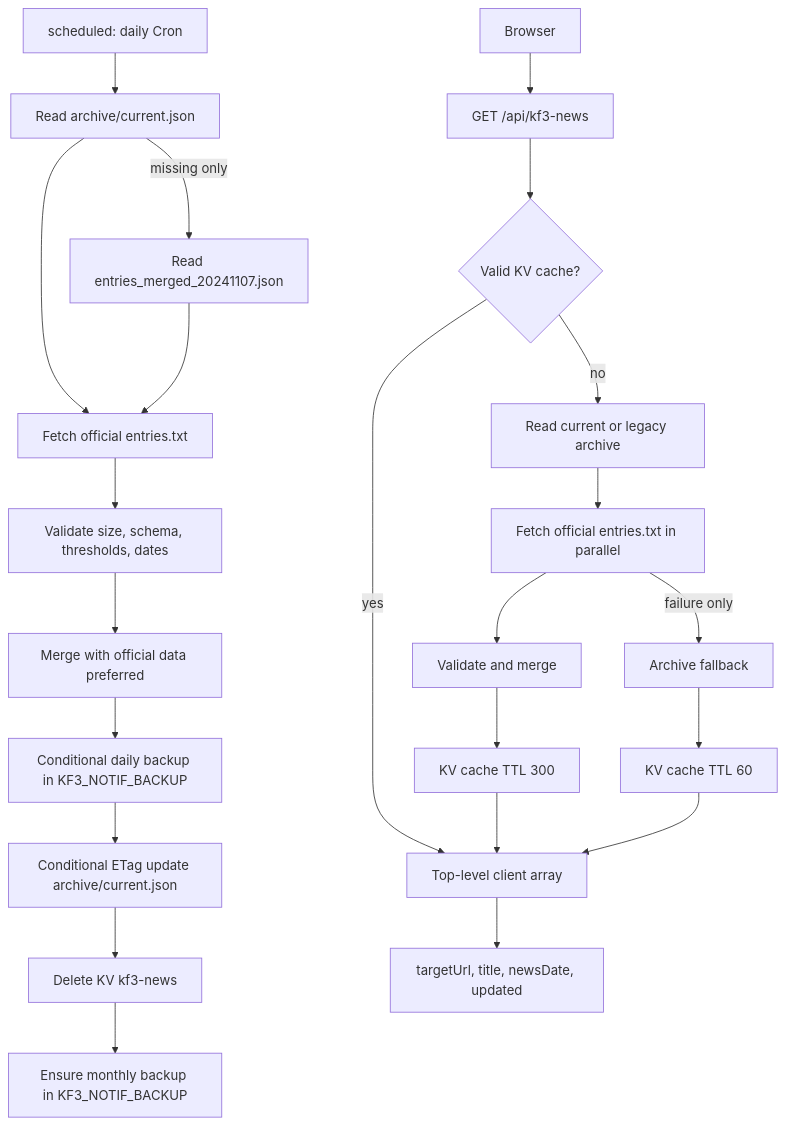
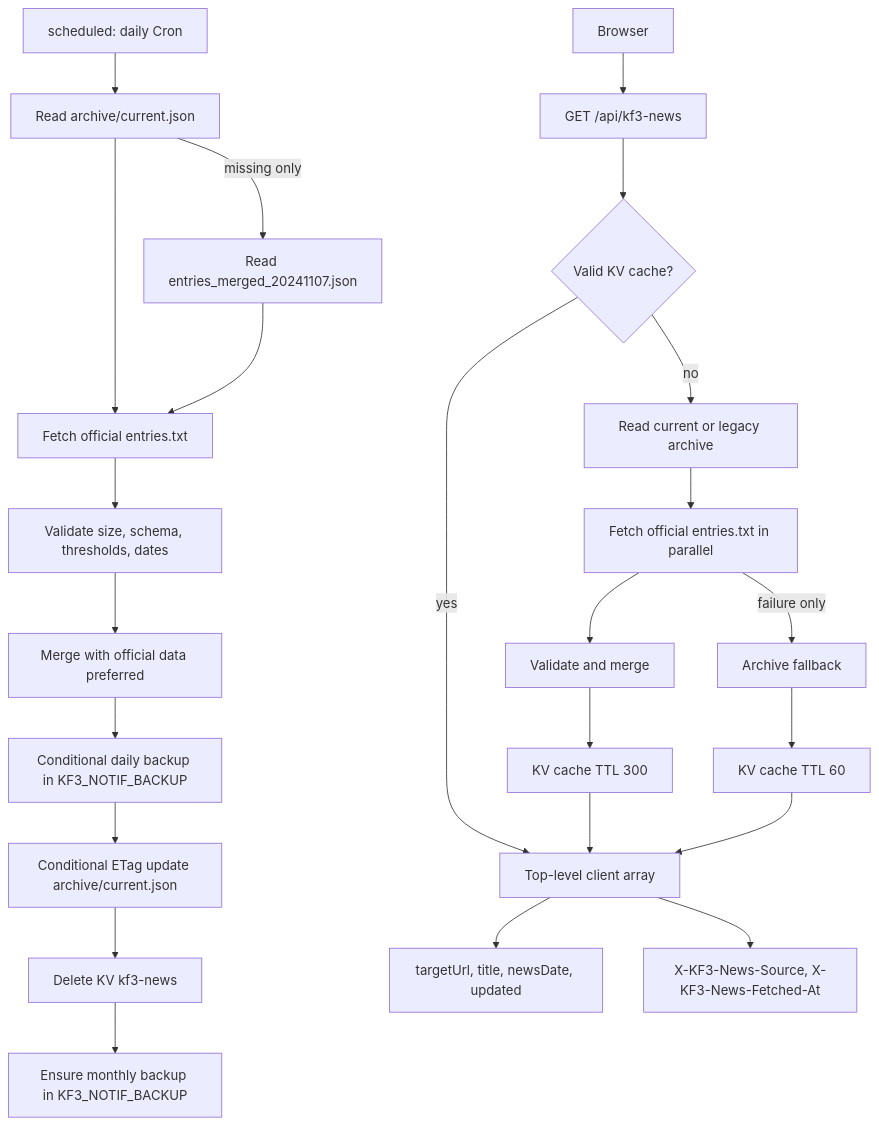
Before and after one commit to reamkf/kf3-notification-search: the diagram in README.md, drawn with Mermaid. The commit also changed other lines of this file and 9 other files, not shown here.

````diff
--- a/README.md
+++ b/README.md
@@ -139,26 +139,27 @@
 ```mermaid
 flowchart TD
     Cron[scheduled: daily Cron] --> ReadCurrent[Read archive/current.json]
     ReadCurrent -->|missing only| ReadLegacy[Read entries_merged_20241107.json]
     ReadCurrent --> OfficialCron[Fetch official entries.txt]
     ReadLegacy --> OfficialCron
     OfficialCron --> ValidateCron[Validate size, schema, thresholds, dates]
     ValidateCron --> MergeCron[Merge with official data preferred]
     MergeCron --> Daily[Conditional daily backup in KF3_NOTIF_BACKUP]
     Daily --> Current[Conditional ETag update archive/current.json]
     Current --> DeleteCache[Delete KV kf3-news]
     DeleteCache --> Monthly[Ensure monthly backup in KF3_NOTIF_BACKUP]
 
     Browser[Browser] --> API[GET /api/kf3-news]
     API --> Cache{Valid KV cache?}
     Cache -->|yes| Client[Top-level client array]
     Cache -->|no| ReadApi[Read current or legacy archive]
     ReadApi --> OfficialApi[Fetch official entries.txt in parallel]
     OfficialApi --> MergeApi[Validate and merge]
     MergeApi --> Cache300[KV cache TTL 300]
     OfficialApi -->|failure only| Fallback[Archive fallback]
     Fallback --> Cache60[KV cache TTL 60]
     Cache300 --> Client
     Cache60 --> Client
-     Client --> Fields[targetUrl, title, newsDate, updated]
+    Client --> Fields[targetUrl, title, newsDate, updated]
+    Client --> Metadata[X-KF3-News-Source, X-KF3-News-Fetched-At]
 ```
````
